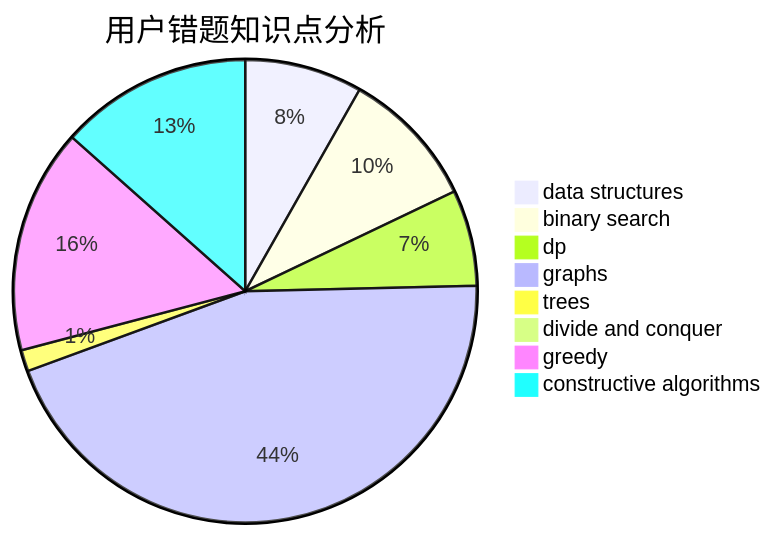
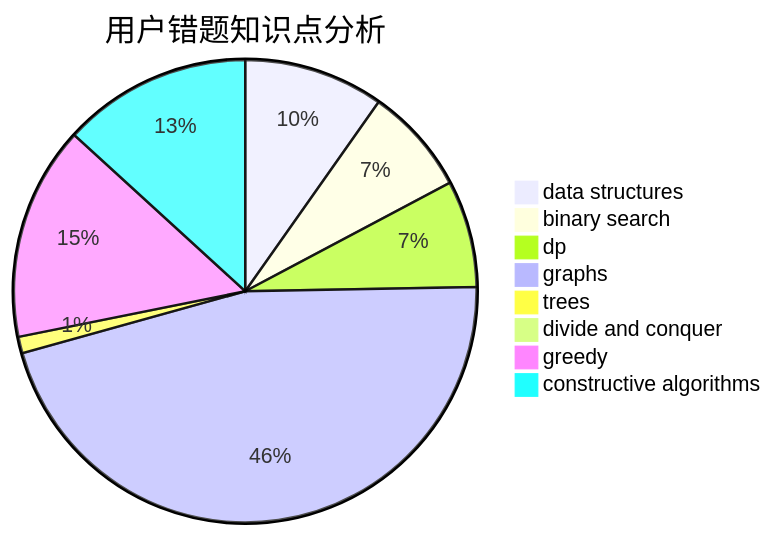
The third of 3 diagrams in docs/user/u450.md (sherpahu/cfrs.github.io), drawn with Mermaid before and after one commit. The commit also changed other lines of this file and 2770 other files, not shown here.

````diff
--- a/docs/user/u450.md
+++ b/docs/user/u450.md
@@ -36,11 +36,11 @@
 ```mermaid
 pie title 用户错题知识点分析
-    "data structures" :  11
+    "data structures" :  17
     "binary search" :  13
-    "dp" :  9
-    "graphs" :  60
+    "dp" :  13
+    "graphs" :  80
     "trees" :  2
     "divide and conquer" :  1
-    "greedy" :  21
-    "constructive algorithms" :  18
+    "greedy" :  26
+    "constructive algorithms" :  23
 ```
````
